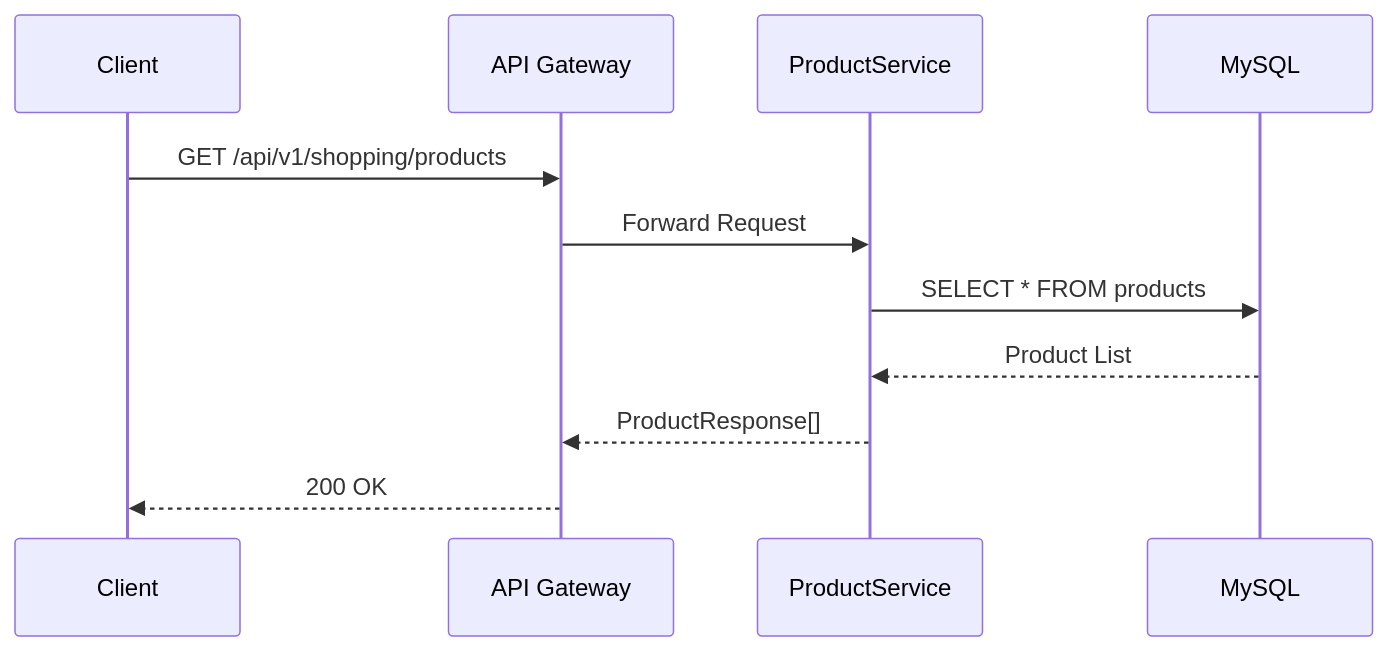
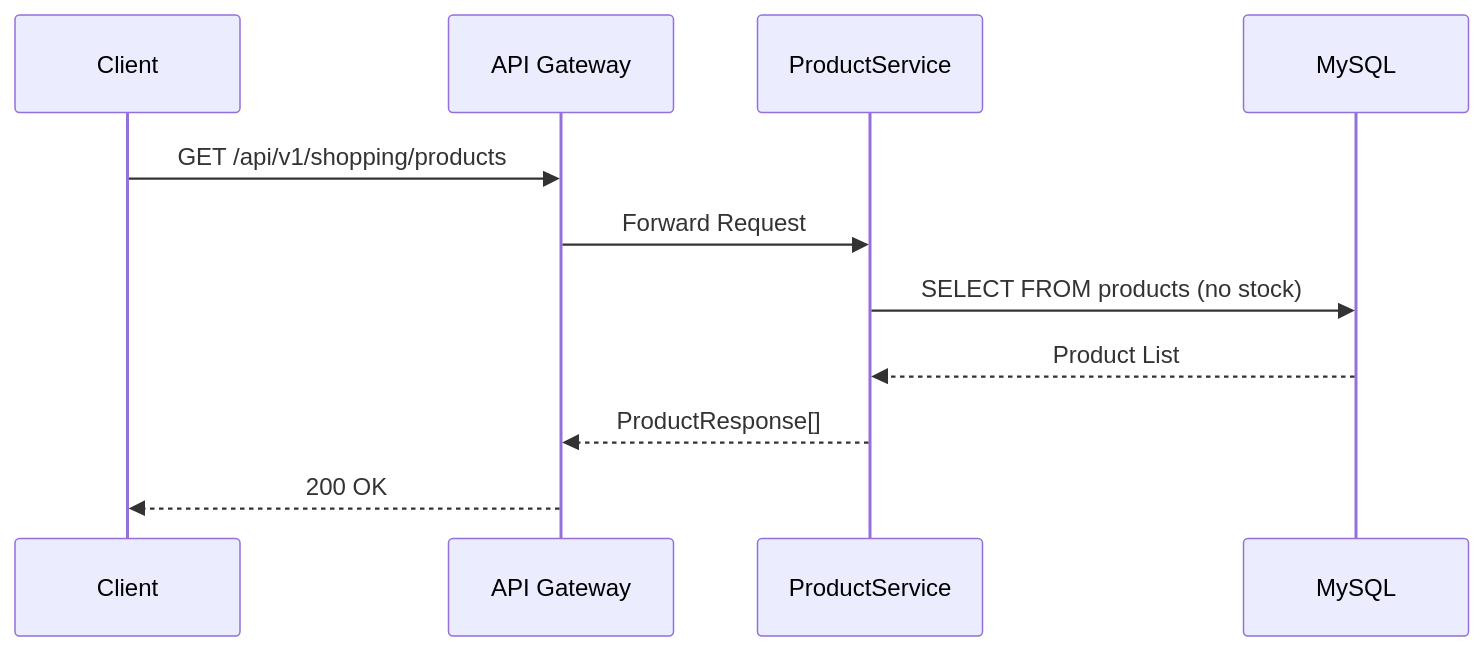
The first of 13 diagrams in docs/architecture/shopping-service/data-flow.md (L-a-z-e/portal-universe), drawn with Mermaid before and after one commit. The commit also changed other lines of this file and 10 other files, not shown here.

````diff
--- a/docs/architecture/shopping-service/data-flow.md
+++ b/docs/architecture/shopping-service/data-flow.md
@@ -33,14 +33,14 @@
 ```mermaid
 sequenceDiagram
     participant C as Client
     participant G as API Gateway
     participant PS as ProductService
     participant DB as MySQL
 
     C->>G: GET /api/v1/shopping/products
     G->>PS: Forward Request
-    PS->>DB: SELECT * FROM products
+    PS->>DB: SELECT FROM products (no stock)
     DB-->>PS: Product List
     PS-->>G: ProductResponse[]
     G-->>C: 200 OK
 ```
````
